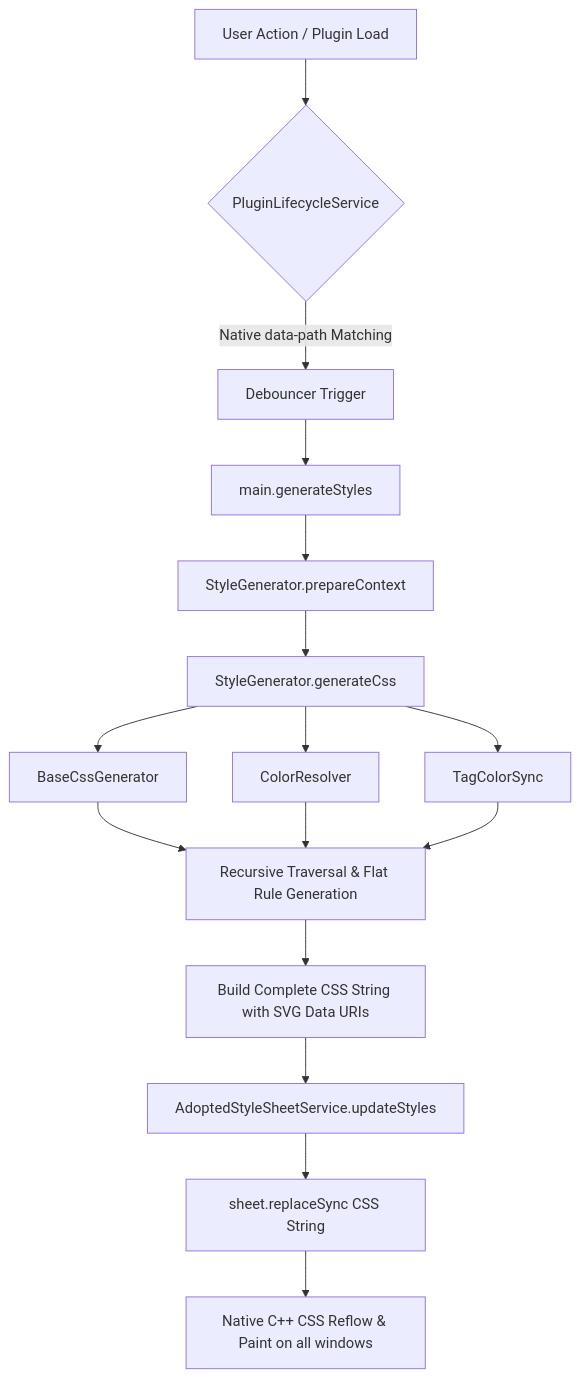
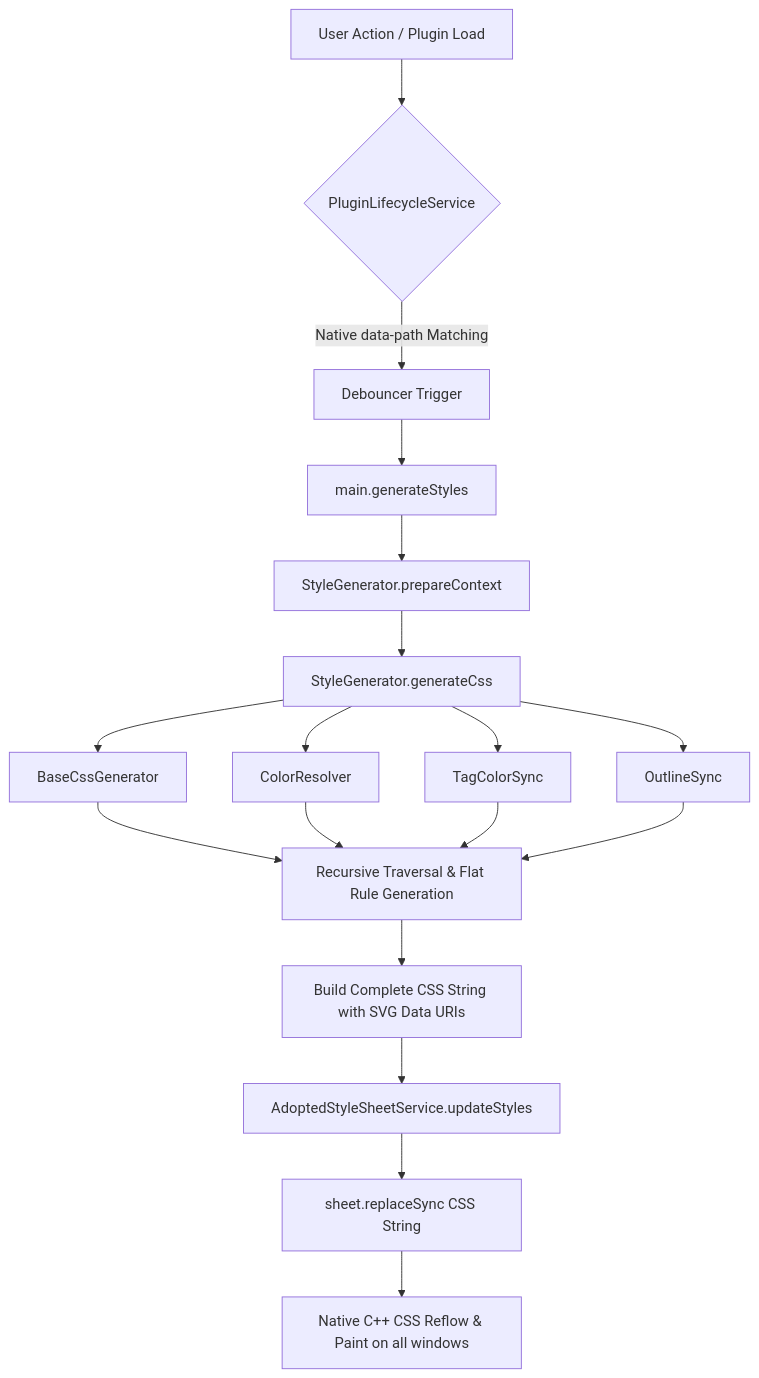
One commit to RohitNahar-Offical/colorful-folders-obsidian changed the first of 6 diagrams in docs/architecture/ARCHITECTURE.md. Above: the diagram before and after it, drawn with Mermaid. The commit also changed other lines of this file and 5 other files, not shown here.

Commit message:
docs: add comprehensive architectural guides and API documentation

````diff
--- a/docs/architecture/ARCHITECTURE.md
+++ b/docs/architecture/ARCHITECTURE.md
@@ -21,18 +21,20 @@
 ```mermaid
 graph TD
     A[User Action / Plugin Load] --> B{PluginLifecycleService}
     B -->|Native data-path Matching| C[Debouncer Trigger]
     C --> D[main.generateStyles]
     D --> E[StyleGenerator.prepareContext]
     E --> F[StyleGenerator.generateCss]
     F --> G1[BaseCssGenerator]
     F --> G2[ColorResolver]
     F --> G3[TagColorSync]
+    F --> G4[OutlineSync]
     G1 --> H[Recursive Traversal & Flat Rule Generation]
     G2 --> H
     G3 --> H
+    G4 --> H
     H --> I[Build Complete CSS String with SVG Data URIs]
     I --> J[AdoptedStyleSheetService.updateStyles]
     J --> K[sheet.replaceSync CSS String]
     K --> L[Native C++ CSS Reflow & Paint on all windows]
 ```
````
